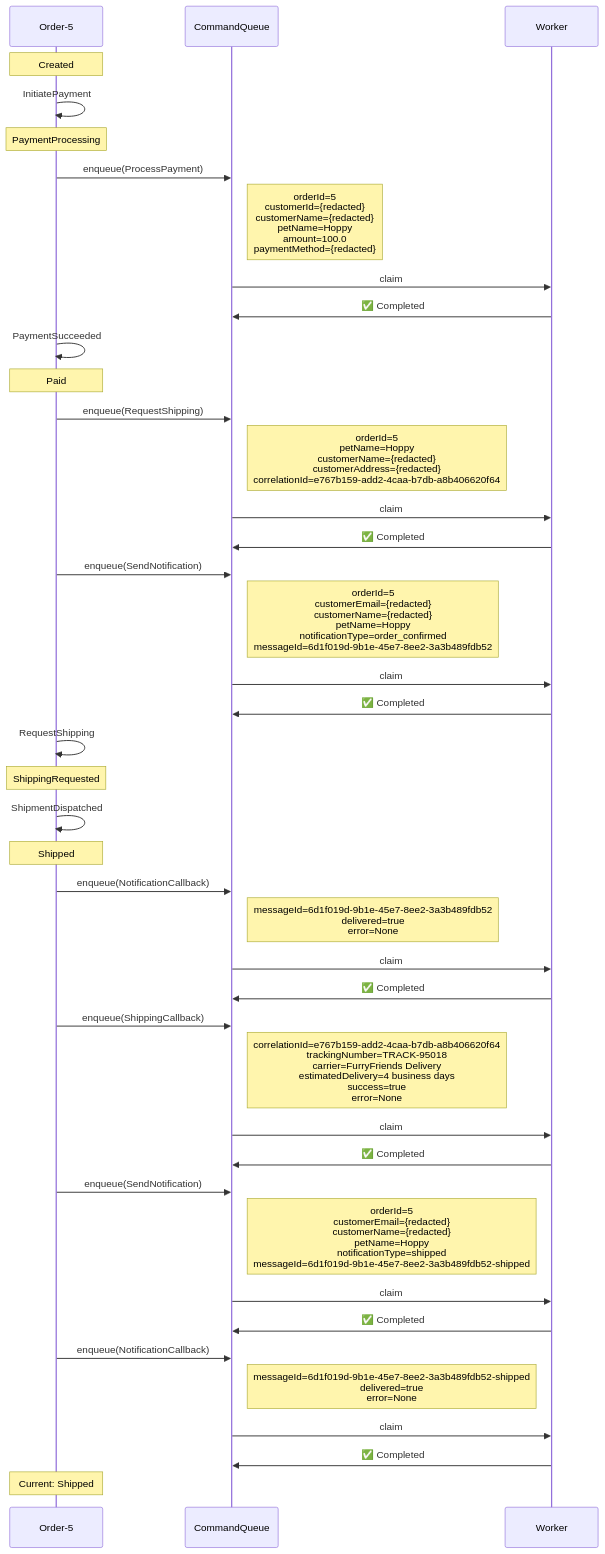
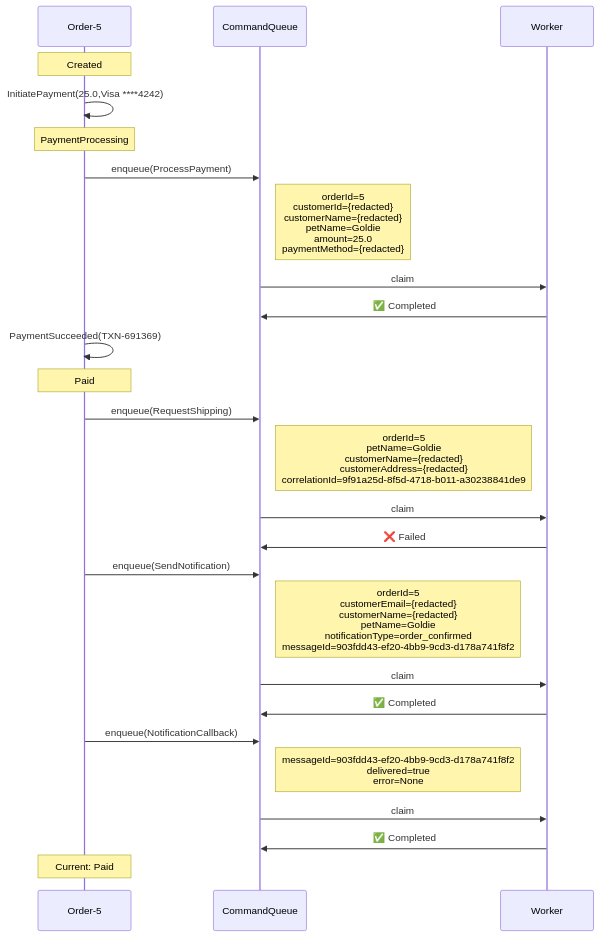
Before and after one commit to Iterable/mechanoid: the first of 3 diagrams in docs/visualizations/order-5-trace.md, drawn with Mermaid. The commit also changed other lines of this file and 33 other files, not shown here.

````diff
--- a/docs/visualizations/order-5-trace.md
+++ b/docs/visualizations/order-5-trace.md
@@ -11,46 +12,30 @@
 ```mermaid
 %%{init: {'themeCSS': '.noteText { text-align: left !important; }'}}%%
 sequenceDiagram
     participant FSM as Order-5
     participant CQ as CommandQueue
     participant W as Worker
 
     Note over FSM: Created
-    FSM->>FSM: InitiatePayment
+    FSM->>FSM: InitiatePayment(25.0,Visa ****4242)
     Note over FSM: PaymentProcessing
     FSM->>CQ: enqueue(ProcessPayment)
-    Note right of CQ: orderId=5<br/>customerId={redacted}<br/>customerName={redacted}<br/>petName=Hoppy<br/>amount=100.0<br/>paymentMethod={redacted}
+    Note right of CQ: orderId=5<br/>customerId={redacted}<br/>customerName={redacted}<br/>petName=Goldie<br/>amount=25.0<br/>paymentMethod={redacted}
     CQ->>W: claim
     W->>CQ: ✅ Completed
-    FSM->>FSM: PaymentSucceeded
+    FSM->>FSM: PaymentSucceeded(TXN-691369)
     Note over FSM: Paid
     FSM->>CQ: enqueue(RequestShipping)
-    Note right of CQ: orderId=5<br/>petName=Hoppy<br/>customerName={redacted}<br/>customerAddress={redacted}<br/>correlationId=e767b159-add2-4caa-b7db-a8b406620f64
+    Note right of CQ: orderId=5<br/>petName=Goldie<br/>customerName={redacted}<br/>customerAddress={redacted}<br/>correlationId=9f91a25d-8f5d-4718-b011-a30238841de9
     CQ->>W: claim
-    W->>CQ: ✅ Completed
+    W->>CQ: ❌ Failed
     FSM->>CQ: enqueue(SendNotification)
-    Note right of CQ: orderId=5<br/>customerEmail={redacted}<br/>customerName={redacted}<br/>petName=Hoppy<br/>notificationType=order_confirmed<br/>messageId=6d1f019d-9b1e-45e7-8ee2-3a3b489fdb52
-    CQ->>W: claim
-    W->>CQ: ✅ Completed
-    FSM->>FSM: RequestShipping
-    Note over FSM: ShippingRequested
-    FSM->>FSM: ShipmentDispatched
-    Note over FSM: Shipped
-    FSM->>CQ: enqueue(NotificationCallback)
-    Note right of CQ: messageId=6d1f019d-9b1e-45e7-8ee2-3a3b489fdb52<br/>delivered=true<br/>error=None
-    CQ->>W: claim
-    W->>CQ: ✅ Completed
-    FSM->>CQ: enqueue(ShippingCallback)
-    Note right of CQ: correlationId=e767b159-add2-4caa-b7db-a8b406620f64<br/>trackingNumber=TRACK-95018<br/>carrier=FurryFriends Delivery<br/>estimatedDelivery=4 business days<br/>success=true<br/>error=None
-    CQ->>W: claim
-    W->>CQ: ✅ Completed
-    FSM->>CQ: enqueue(SendNotification)
-    Note right of CQ: orderId=5<br/>customerEmail={redacted}<br/>customerName={redacted}<br/>petName=Hoppy<br/>notificationType=shipped<br/>messageId=6d1f019d-9b1e-45e7-8ee2-3a3b489fdb52-shipped
+    Note right of CQ: orderId=5<br/>customerEmail={redacted}<br/>customerName={redacted}<br/>petName=Goldie<br/>notificationType=order_confirmed<br/>messageId=903fdd43-ef20-4bb9-9cd3-d178a741f8f2
     CQ->>W: claim
     W->>CQ: ✅ Completed
     FSM->>CQ: enqueue(NotificationCallback)
-    Note right of CQ: messageId=6d1f019d-9b1e-45e7-8ee2-3a3b489fdb52-shipped<br/>delivered=true<br/>error=None
+    Note right of CQ: messageId=903fdd43-ef20-4bb9-9cd3-d178a741f8f2<br/>delivered=true<br/>error=None
     CQ->>W: claim
     W->>CQ: ✅ Completed
-    Note over FSM: Current: Shipped
+    Note over FSM: Current: Paid
 ```
````
